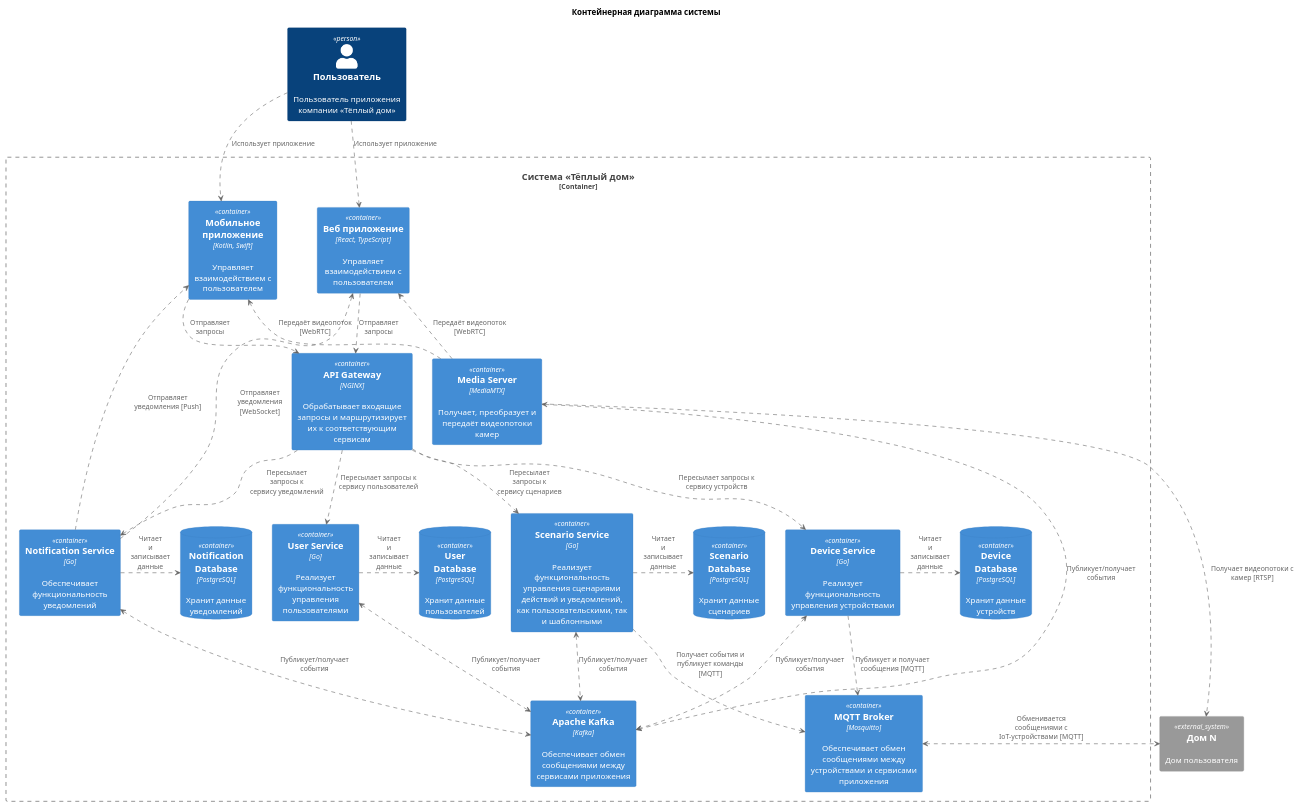
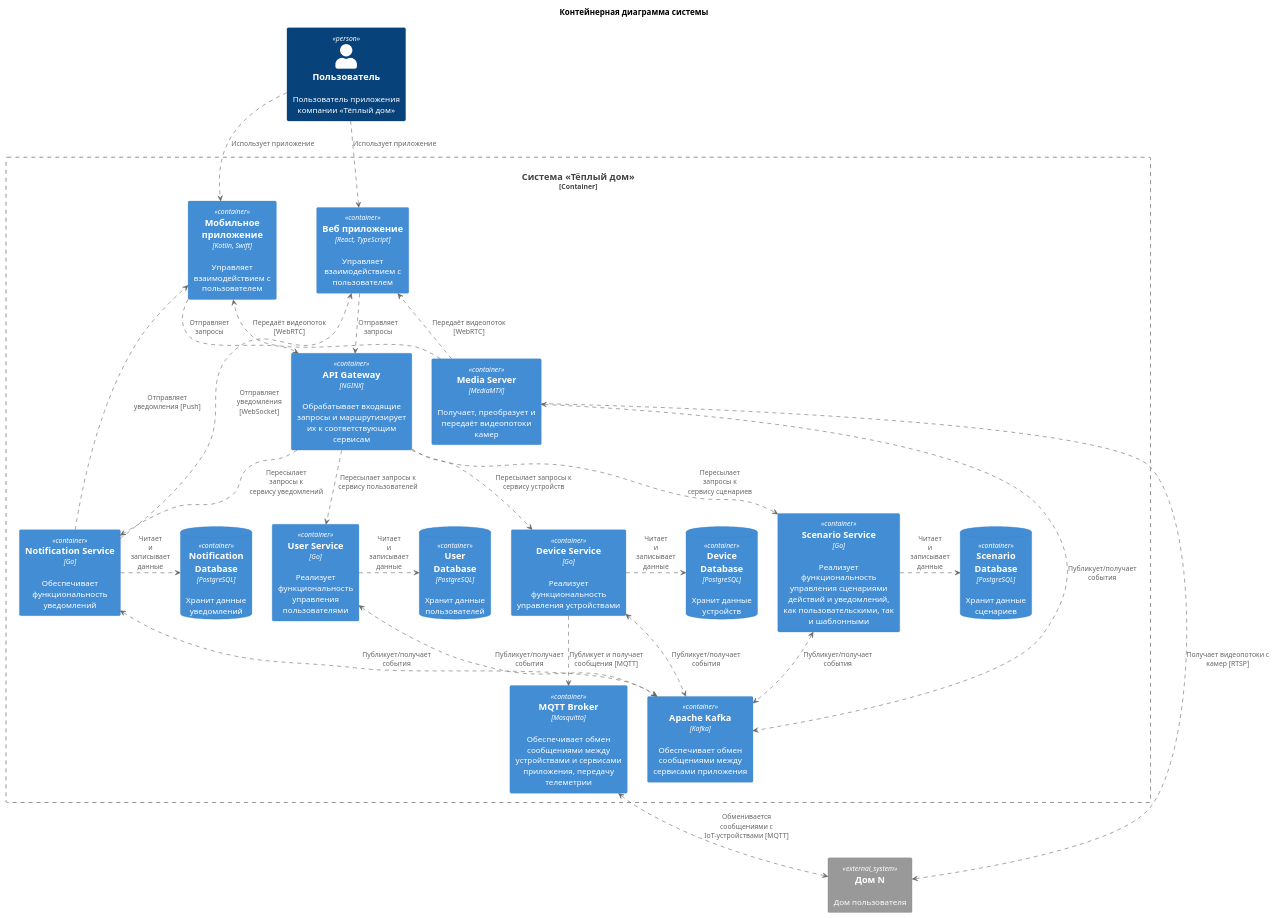
The diagram in diagrams/container/container.puml (PAKETIKk/architecture-warmhouse), drawn with PlantUML before and after one commit. The commit also changed 3 other files, not shown here.

```diff
--- a/diagrams/container/container.puml
+++ b/diagrams/container/container.puml
@@ -1,88 +1,87 @@
 @startuml
 title Контейнерная диаграмма системы
 ' Импорт
 !includeurl ../../uml-lib/C4_Container.puml
 ' Пользователи
 Person(user, "Пользователь", 'Пользователь приложения компании «Тёплый дом»')
 LAYOUT_TOP_DOWN()
 ' Система
 Container_Boundary(system, "Система «Тёплый дом»") {
 ' Мобильное, веб приложения и API Gateway
   together {
     Container(WebApp, "Веб приложение", "React, TypeScript", "Управляет взаимодействием с пользователем")
     Container(MobileApp, "Мобильное приложение", "Kotlin, Swift", "Управляет взаимодействием с пользователем")
   }
   together {
     Container(ApiGateway, "API Gateway", "NGINX", "Обрабатывает входящие запросы и маршрутизирует их к соответствующим сервисам")
     Container(MediaServer, "Media Server", "MediaMTX", "Получает, преобразует и передаёт видеопотоки камер")
   }
 
 
   together {
     ' Сервисы приложения
     Container(DeviceService, "Device Service", "Go", "Реализует функциональность управления устройствами")
     Container(NotificationService, "Notification Service", "Go", "Обеспечивает функциональность уведомлений")
     Container(UserService, "User Service", "Go", "Реализует функциональность управления пользователями")
     Container(ScenarioService, "Scenario Service", "Go", "Реализует функциональность управления сценариями действий и уведомлений, как пользовательскими, так и шаблонными")
     ' СУБД
     ContainerDb(UserDatabase, "User\nDatabase", "PostgreSQL", "Хранит данные\nпользователей")
     ContainerDb(DeviceDatabase, "Device\nDatabase", "PostgreSQL", "Хранит данные\nустройств")
     ContainerDb(ScenarioDatabase, "Scenario\nDatabase", "PostgreSQL", "Хранит данные\nсценариев")
     ContainerDb(NotificationDatabase, "Notification\nDatabase", "PostgreSQL", "Хранит данные\nуведомлений")
   }
 ' Брокеры сообщений
-  Container(MqttBroker, "MQTT Broker", "Mosquitto", "Обеспечивает обмен сообщениями между устройствами и сервисами приложения")
+  Container(MqttBroker, "MQTT Broker", "Mosquitto", "Обеспечивает обмен сообщениями между устройствами и сервисами приложения, передачу телеметрии")
   Container(Kafka, "Apache Kafka", "Kafka", "Обеспечивает обмен сообщениями между сервисами приложения")
 }
 ' Внешние системы
 System_Ext(home, "Дом N", 'Дом пользователя')
 ' Взаимодействия пользователя
 user ..> WebApp : "Использует приложение"
 user ..> MobileApp : "Использует приложение"
 ' Взаимодействия приложений
 WebApp ..> ApiGateway : "Отправляет\nзапросы"
 MobileApp ..> ApiGateway : "Отправляет\nзапросы"
 ' Взаимодействия ApiGateway
 ApiGateway ..> DeviceService : "Пересылает запросы к сервису устройств"
 ApiGateway ..> UserService : "Пересылает запросы к сервису пользователей"
 ApiGateway ..> ScenarioService : "Пересылает\nзапросы к\nсервису сценариев"
 ApiGateway ..> NotificationService : "Пересылает\nзапросы к\nсервису уведомлений"
 ' Взаимодействия сервисов с базой данных
 DeviceService .right.> DeviceDatabase : "Читает\nи\nзаписывает\nданные"
 UserService .right.> UserDatabase : "Читает\nи\nзаписывает\nданные"
 ScenarioService .right.> ScenarioDatabase : "Читает\nи\nзаписывает\nданные"
 NotificationService .right.> NotificationDatabase : "Читает\nи\nзаписывает\nданные"
 ' Взаимодействия сервисов
 MediaServer ..> WebApp : "Передаёт видеопоток [WebRTC]"
 MediaServer ..> MobileApp : "Передаёт видеопоток [WebRTC]"
 DeviceService ..> MqttBroker : "Публикует и получает сообщения [MQTT]"
-ScenarioService ..> MqttBroker : "Получает события и публикует команды [MQTT]"
 NotificationService ..> WebApp : "Отправляет уведомления [WebSocket]"
 NotificationService ..> MobileApp : "Отправляет уведомления [Push]"
 ' Взаимодействия MQTT брокер
-MqttBroker <.> home : "Обменивается сообщениями с IoT-устройствами [MQTT]"
+MqttBroker <.down.> home : "Обменивается сообщениями с IoT-устройствами [MQTT]"
 MediaServer ..> home : "Получает видеопотоки с камер [RTSP]"
 ' Взаимодействия Kafka
 UserService <.> Kafka : "Публикует/получает\nсобытия"
 DeviceService <.> Kafka : "Публикует/получает\nсобытия"
 ScenarioService <.> Kafka : "Публикует/получает\nсобытия"
 MediaServer <.> Kafka : "Публикует/получает\nсобытия"
 NotificationService <.> Kafka : "Публикует/получает\nсобытия"
 ' Подсказка для рендера
 user -[hidden]down-> MobileApp
 user -[hidden]down-> ApiGateway
 WebApp -[hidden]down-> ApiGateway
 MobileApp -[hidden]down-> ApiGateway
 ApiGateway -[hidden]down-> DeviceService
 ApiGateway -[hidden]down-> UserService
 ApiGateway -[hidden]down-> ScenarioService
 ApiGateway -[hidden]down-> NotificationService
 
 DeviceService -[hidden]down-> Kafka
 ScenarioService -[hidden]down-> Kafka
 
 UserService -[hidden]right-> ScenarioService
 
 MediaServer -[hidden]up-> WebApp
 MediaServer -[hidden]up-> MobileApp
 @enduml
```
